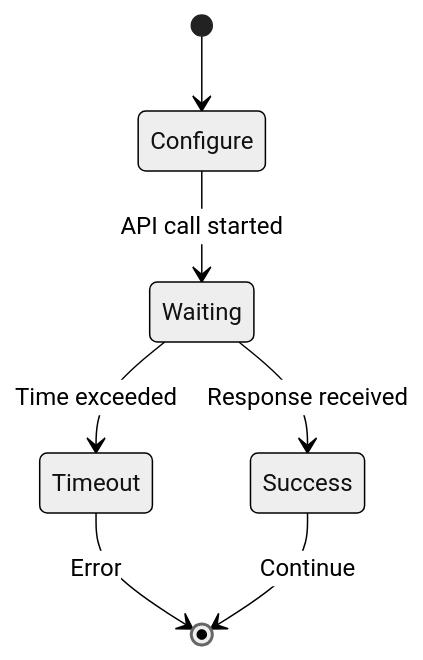
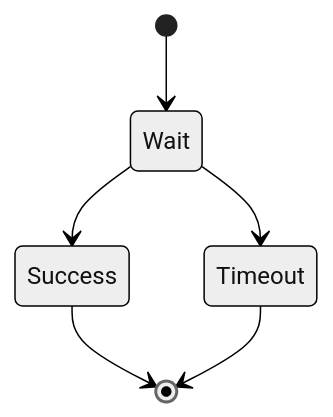
The fourth of 5 diagrams in examples/api_pipeline/06_api_with_timeout/README.md (wisrovi/wpipe), drawn with Mermaid (neutral theme) before and after one commit. The commit also changed other lines of this file and 20 other files, not shown here.

First line of the commit message:
Simplify Mermaid diagrams for better rendering

````diff
--- a/examples/api_pipeline/06_api_with_timeout/README.md
+++ b/examples/api_pipeline/06_api_with_timeout/README.md
@@ -64,9 +53,8 @@
 ```mermaid
 stateDiagram-v2
-    [*] --> Configure
-    Configure --> Waiting: API call started
-    Waiting --> Success: Response received
-    Waiting --> Timeout: Time exceeded
-    Timeout --> [*]: Error
-    Success --> [*]: Continue
+    [*] --> Wait
+    Wait --> Success
+    Wait --> Timeout
+    Success --> [*]
+    Timeout --> [*]
 ```
````
